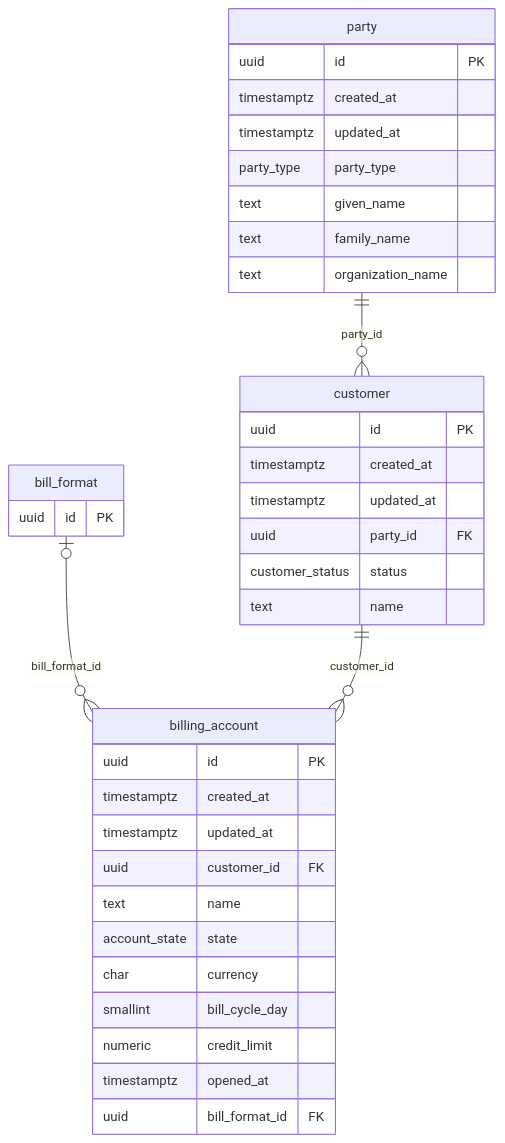
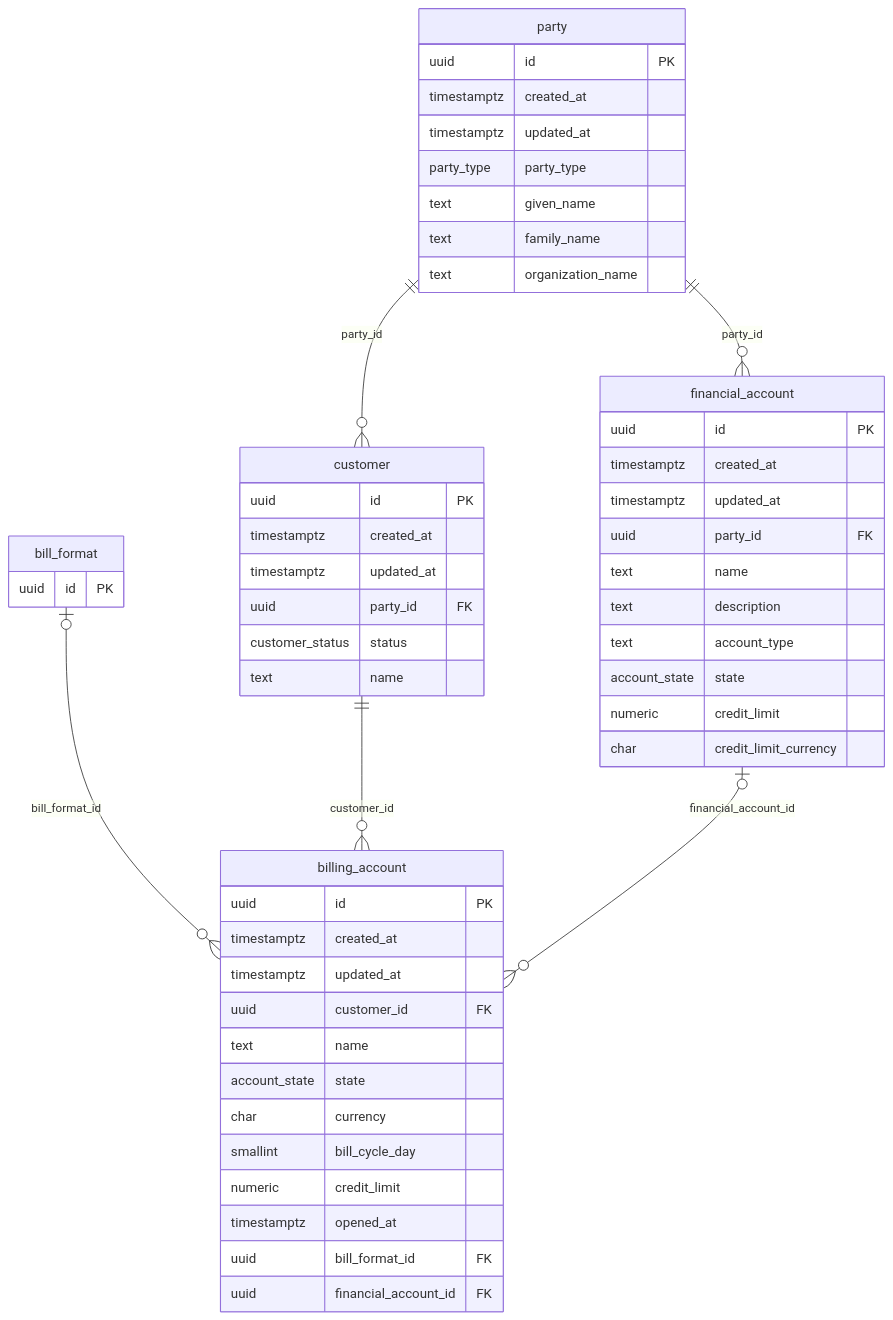
The second of 7 diagrams in docs/db/README.md (altharmz/bss), drawn with Mermaid before and after one commit. The commit also changed other lines of this file and 33 other files, not shown here.

First line of the commit message:
TMF666 financial accounts and the billing account link

````diff
--- a/docs/db/README.md
+++ b/docs/db/README.md
@@ -135,39 +139,54 @@
 ```mermaid
 erDiagram
   party {
     uuid id PK
     timestamptz created_at
     timestamptz updated_at
     party_type party_type
     text given_name
     text family_name
     text organization_name
   }
   customer {
     uuid id PK
     timestamptz created_at
     timestamptz updated_at
     uuid party_id FK
     customer_status status
     text name
   }
   billing_account {
     uuid id PK
     timestamptz created_at
     timestamptz updated_at
     uuid customer_id FK
     text name
     account_state state
     char currency
     smallint bill_cycle_day
     numeric credit_limit
     timestamptz opened_at
     uuid bill_format_id FK
+    uuid financial_account_id FK
+  }
+  financial_account {
+    uuid id PK
+    timestamptz created_at
+    timestamptz updated_at
+    uuid party_id FK
+    text name
+    text description
+    text account_type
+    account_state state
+    numeric credit_limit
+    char credit_limit_currency
   }
   bill_format {
     uuid id PK
   }
   bill_format |o--o{ billing_account : "bill_format_id"
   customer ||--o{ billing_account : "customer_id"
+  financial_account |o--o{ billing_account : "financial_account_id"
   party ||--o{ customer : "party_id"
+  party ||--o{ financial_account : "party_id"
 ```
````
